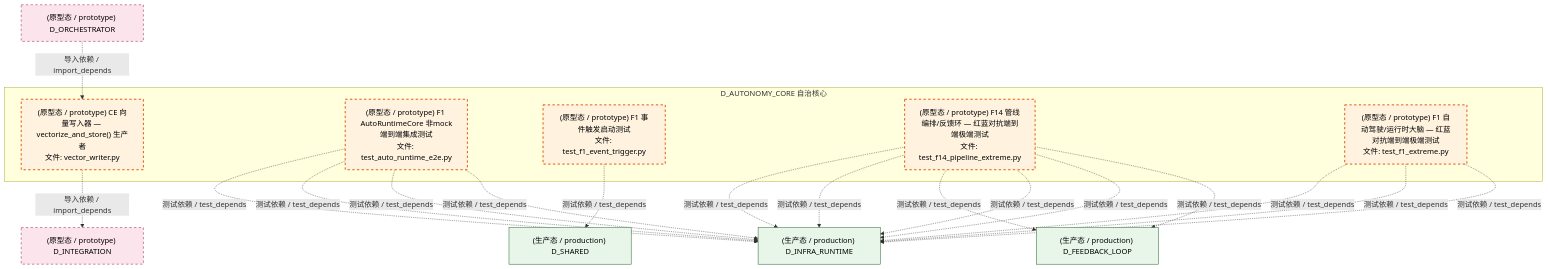
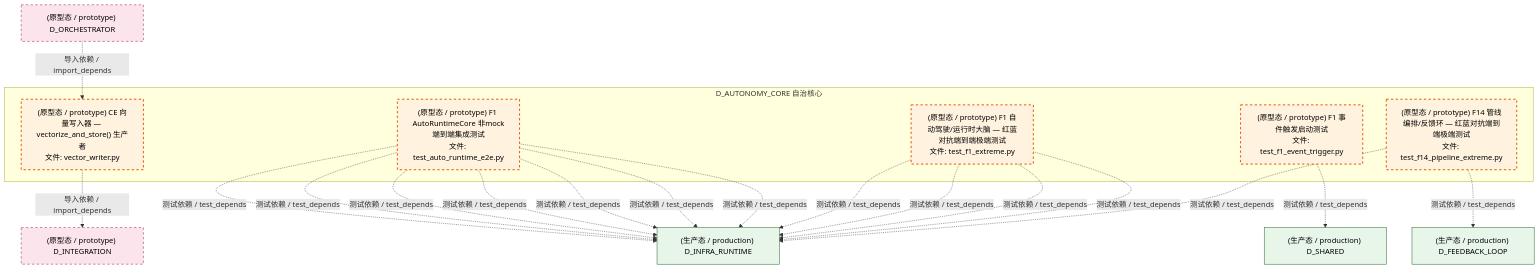
Before and after one commit to xuanFelixVan/ZephyrAlpha: the seventh of 8 diagrams in docs/02_enterprise_architecture/02_domain_architecture_docs/07_d_autonomy_core.md, drawn with Mermaid. The commit also changed other lines of this file and 105 other files, not shown here.

````diff
--- a/docs/02_enterprise_architecture/02_domain_architecture_docs/07_d_autonomy_core.md
+++ b/docs/02_enterprise_architecture/02_domain_architecture_docs/07_d_autonomy_core.md
@@ -774,38 +762,38 @@
 ```mermaid
 graph TD
     subgraph D_AUTONOMY_CORE["D_AUTONOMY_CORE 自治核心"]
         src_zephyr_integration_vector_memory_vector_writer_py["(原型态 / prototype) CE 向量写入器 — vectorize_and_store() 生产者<br/>文件: vector_writer.py"]
         tests_automation_test_auto_runtime_e2e_py["(原型态 / prototype) F1 AutoRuntimeCore 非mock端到端集成测试<br/>文件: test_auto_runtime_e2e.py"]
         tests_f_lifecycle_test_f1_event_trigger_py["(原型态 / prototype) F1 事件触发启动测试<br/>文件: test_f1_event_trigger.py"]
         tests_trading_extreme_test_f14_pipeline_extreme_py["(原型态 / prototype) F14 管线编排/反馈环 — 红蓝对抗端到端极端测试<br/>文件: test_f14_pipeline_extreme.py"]
         tests_trading_extreme_test_f1_extreme_py["(原型态 / prototype) F1 自动驾驶/运行时大脑 — 红蓝对抗端到端极端测试<br/>文件: test_f1_extreme.py"]
     end
+    D_INTEGRATION["(原型态 / prototype) D_INTEGRATION"]
+    src_zephyr_integration_vector_memory_vector_writer_py -.->|导入依赖 / import_depends| D_INTEGRATION
     D_INFRA_RUNTIME["(生产态 / production) D_INFRA_RUNTIME"]
     tests_automation_test_auto_runtime_e2e_py -.->|测试依赖 / test_depends| D_INFRA_RUNTIME
+    tests_automation_test_auto_runtime_e2e_py -.->|测试依赖 / test_depends| D_INFRA_RUNTIME
+    tests_automation_test_auto_runtime_e2e_py -.->|测试依赖 / test_depends| D_INFRA_RUNTIME
+    tests_automation_test_auto_runtime_e2e_py -.->|测试依赖 / test_depends| D_INFRA_RUNTIME
+    tests_automation_test_auto_runtime_e2e_py -.->|测试依赖 / test_depends| D_INFRA_RUNTIME
+    tests_automation_test_auto_runtime_e2e_py -.->|测试依赖 / test_depends| D_INFRA_RUNTIME
+    tests_automation_test_auto_runtime_e2e_py -.->|测试依赖 / test_depends| D_INFRA_RUNTIME
+    D_SHARED["(生产态 / production) D_SHARED"]
+    tests_f_lifecycle_test_f1_event_trigger_py -.->|测试依赖 / test_depends| D_SHARED
+    tests_trading_extreme_test_f1_extreme_py -.->|测试依赖 / test_depends| D_INFRA_RUNTIME
+    tests_trading_extreme_test_f1_extreme_py -.->|测试依赖 / test_depends| D_INFRA_RUNTIME
+    tests_trading_extreme_test_f1_extreme_py -.->|测试依赖 / test_depends| D_INFRA_RUNTIME
+    tests_trading_extreme_test_f1_extreme_py -.->|测试依赖 / test_depends| D_INFRA_RUNTIME
     D_FEEDBACK_LOOP["(生产态 / production) D_FEEDBACK_LOOP"]
     tests_trading_extreme_test_f14_pipeline_extreme_py -.->|测试依赖 / test_depends| D_FEEDBACK_LOOP
-    D_INTEGRATION["(原型态 / prototype) D_INTEGRATION"]
-    src_zephyr_integration_vector_memory_vector_writer_py -.->|导入依赖 / import_depends| D_INTEGRATION
     tests_trading_extreme_test_f14_pipeline_extreme_py -.->|测试依赖 / test_depends| D_INFRA_RUNTIME
-    tests_trading_extreme_test_f14_pipeline_extreme_py -.->|测试依赖 / test_depends| D_INFRA_RUNTIME
-    tests_trading_extreme_test_f14_pipeline_extreme_py -.->|测试依赖 / test_depends| D_FEEDBACK_LOOP
-    tests_automation_test_auto_runtime_e2e_py -.->|测试依赖 / test_depends| D_INFRA_RUNTIME
-    tests_trading_extreme_test_f14_pipeline_extreme_py -.->|测试依赖 / test_depends| D_INFRA_RUNTIME
-    tests_trading_extreme_test_f1_extreme_py -.->|测试依赖 / test_depends| D_INFRA_RUNTIME
-    tests_trading_extreme_test_f1_extreme_py -.->|测试依赖 / test_depends| D_INFRA_RUNTIME
-    tests_automation_test_auto_runtime_e2e_py -.->|测试依赖 / test_depends| D_INFRA_RUNTIME
-    tests_automation_test_auto_runtime_e2e_py -.->|测试依赖 / test_depends| D_INFRA_RUNTIME
-    tests_trading_extreme_test_f14_pipeline_extreme_py -.->|测试依赖 / test_depends| D_INFRA_RUNTIME
-    tests_trading_extreme_test_f1_extreme_py -.->|测试依赖 / test_depends| D_INFRA_RUNTIME
-    D_SHARED["(生产态 / production) D_SHARED"]
-    tests_f_lifecycle_test_f1_event_trigger_py -.->|测试依赖 / test_depends| D_SHARED
     D_ORCHESTRATOR["(原型态 / prototype) D_ORCHESTRATOR"]
     D_ORCHESTRATOR -.->|导入依赖 / import_depends| src_zephyr_integration_vector_memory_vector_writer_py
     classDef production fill:#e1f5fe,stroke:#01579b,stroke-width:2px,color:#000
     classDef design fill:#fff3e0,stroke:#e65100,stroke-width:2px,color:#000,stroke-dasharray: 5 5
     classDef external_prod fill:#e8f5e9,stroke:#1b5e20,stroke-width:1px,color:#000
     classDef external_design fill:#fce4ec,stroke:#880e4f,stroke-width:1px,color:#000,stroke-dasharray: 5 5
     class src_zephyr_integration_vector_memory_vector_writer_py,tests_automation_test_auto_runtime_e2e_py,tests_f_lifecycle_test_f1_event_trigger_py,tests_trading_extreme_test_f14_pipeline_extreme_py,tests_trading_extreme_test_f1_extreme_py design
-    class D_INFRA_RUNTIME,D_FEEDBACK_LOOP,D_SHARED external_prod
+    class D_INFRA_RUNTIME,D_SHARED,D_FEEDBACK_LOOP external_prod
     class D_INTEGRATION,D_ORCHESTRATOR external_design
 ```
````
